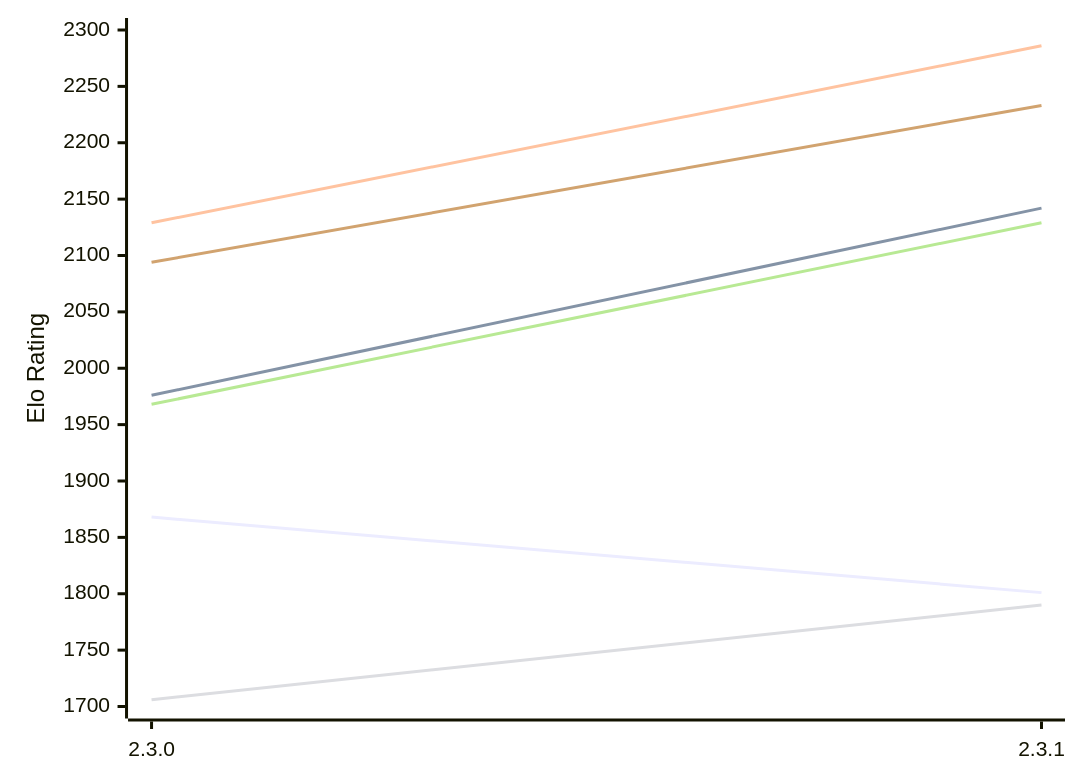
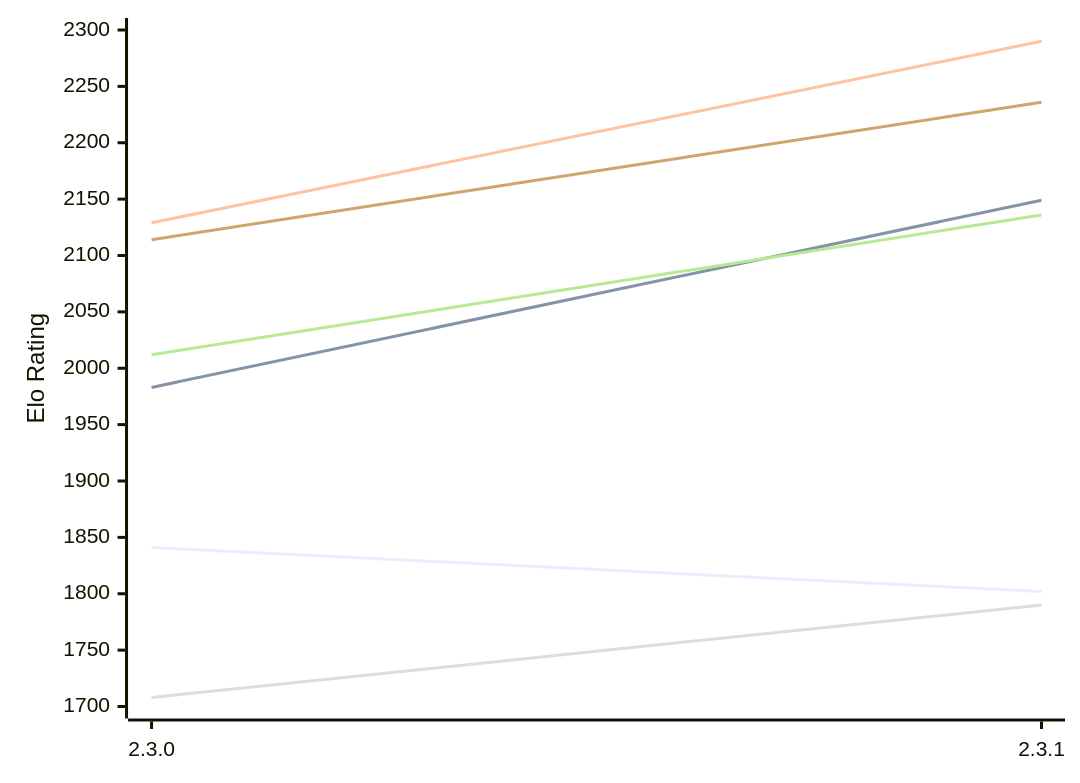
One commit to computer-chess-index/cci changed the first of 2 diagrams in engines/Kreveta.md. Above: the diagram before and after it, drawn with Mermaid. The commit also changed other lines of this file, not shown here.

Commit message:
Update CCI Ratings (ELO VLTC) - 2026-11-16

````diff
--- a/engines/Kreveta.md
+++ b/engines/Kreveta.md
@@ -59,12 +59,12 @@
 ```mermaid
 %%{init: {"theme":"base","themeVariables":{"seriesColors:['#a3a3a3','#222221','#faa371']}}}%%
 xychart-beta
   x-axis ["2.3.0", "2.3.1"]
   y-axis "Elo Rating" 1700 --> 2300
-  line "E1: STC (8.0+0.08s)" [1868, 1801]
-  line "E1: LTC (60.0+0.60s)" [1976, 2142]
-  line "E1: VLTC (2m24s+1.12s)" [2129, 2286]
-  line "P1: STC (8.0+0.08s)" [1706, 1790]
-  line "P1: LTC (60.0+0.60s)" [1968, 2129]
-  line "P1: VLTC (2m24s+1.12s)" [2094, 2233]
+  line "E1: STC (8.0+0.08s)" [1841, 1802]
+  line "E1: LTC (60.0+0.60s)" [1983, 2149]
+  line "E1: VLTC (2m24s+1.12s)" [2129, 2290]
+  line "P1: STC (8.0+0.08s)" [1708, 1790]
+  line "P1: LTC (60.0+0.60s)" [2012, 2136]
+  line "P1: VLTC (2m24s+1.12s)" [2114, 2236]
 ```
````
